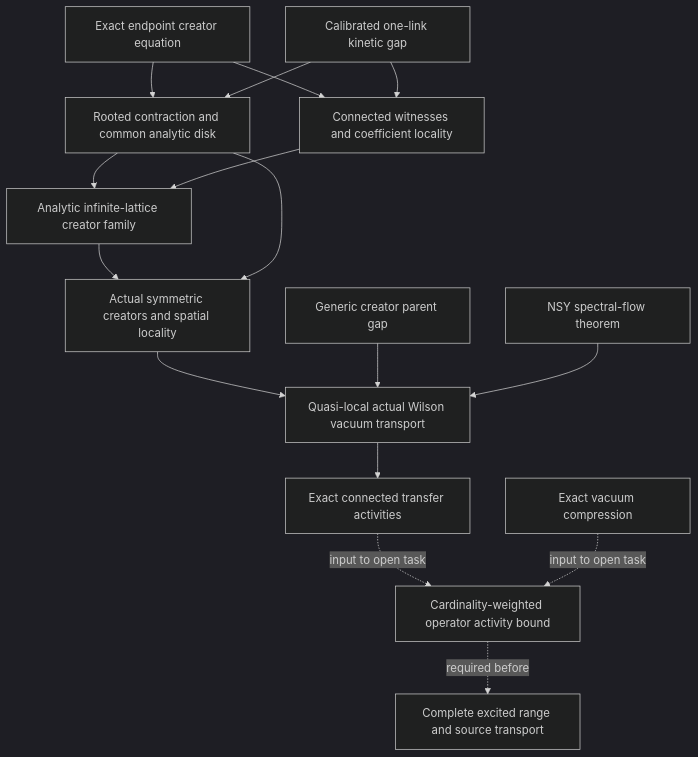
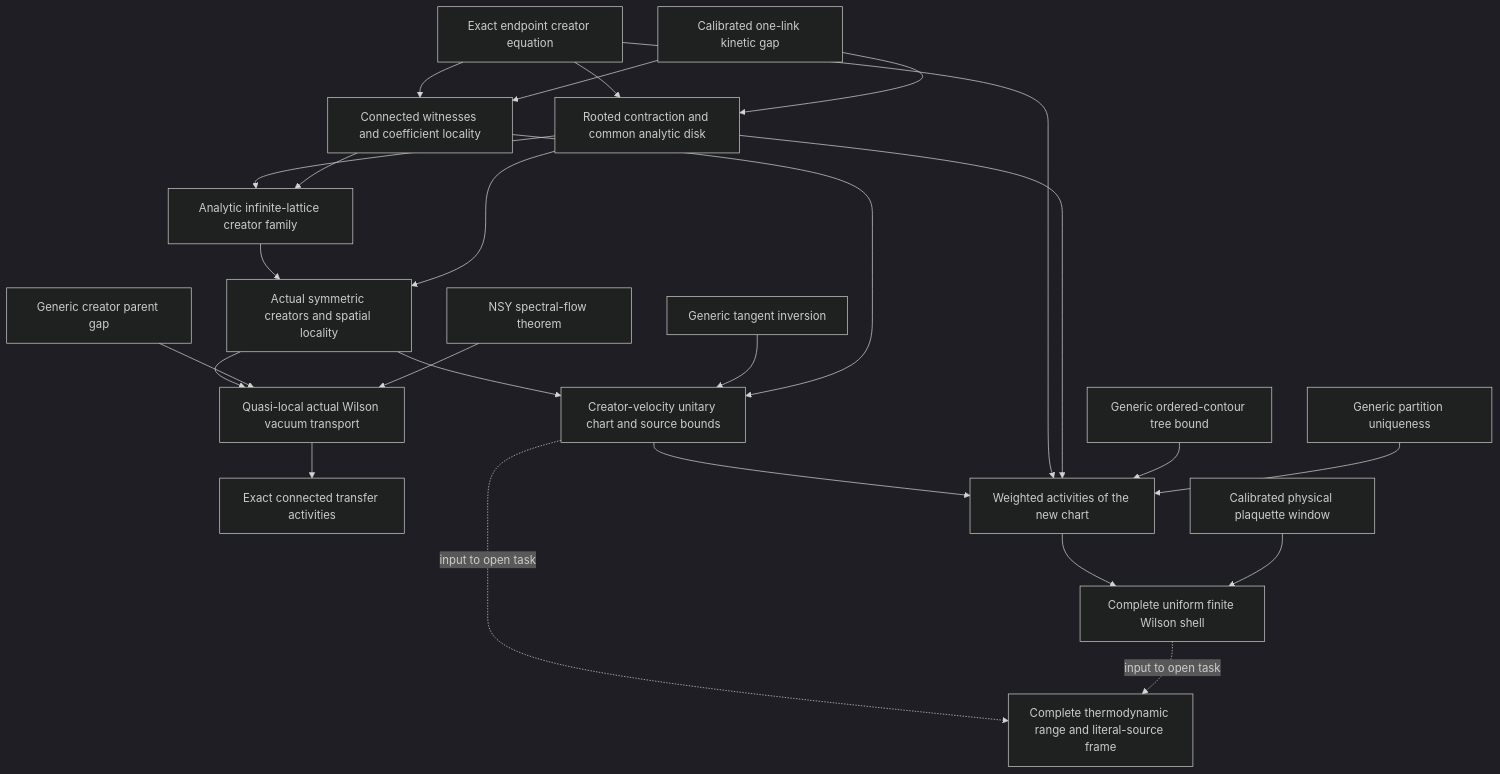
One commit to ats314/WORKHOUSE changed the diagram in docs/current_research.md. Above: the diagram before and after it, drawn with Mermaid (dark theme). The commit also changed other lines of this file and 40 other files, not shown here.

Commit message:
Control actual Wilson transfer by rooted weighted activities

````diff
--- a/docs/current_research.md
+++ b/docs/current_research.md
@@ -109,18 +138,27 @@
 ```mermaid
 flowchart TD
   E[Exact endpoint creator equation] --> C[Rooted contraction and common analytic disk]
   K[Calibrated one-link kinetic gap] --> C
   E --> L[Connected witnesses and coefficient locality]
   K --> L
   C --> T[Analytic infinite-lattice creator family]
   L --> T
   T --> W[Actual symmetric creators and spatial locality]
   C --> W
   W --> Q[Quasi-local actual Wilson vacuum transport]
   G[Generic creator parent gap] --> Q
   N[NSY spectral-flow theorem] --> Q
   Q --> A[Exact connected transfer activities]
-  A -. input to open task .-> O[Cardinality-weighted operator activity bound]
-  V[Exact vacuum compression] -. input to open task .-> O
-  O -. required before .-> P[Complete excited range and source transport]
+  W --> V[Creator-velocity unitary chart and source bounds]
+  I[Generic tangent inversion] --> V
+  L --> V
+  V --> O[Weighted activities of the new chart]
+  E --> O
+  C --> O
+  R[Generic ordered-contour tree bound] --> O
+  M[Generic partition uniqueness] --> O
+  O --> F[Complete uniform finite Wilson shell]
+  PW[Calibrated physical plaquette window] --> F
+  V -. input to open task .-> P[Complete thermodynamic range and literal-source frame]
+  F -. input to open task .-> P
 ```
````
